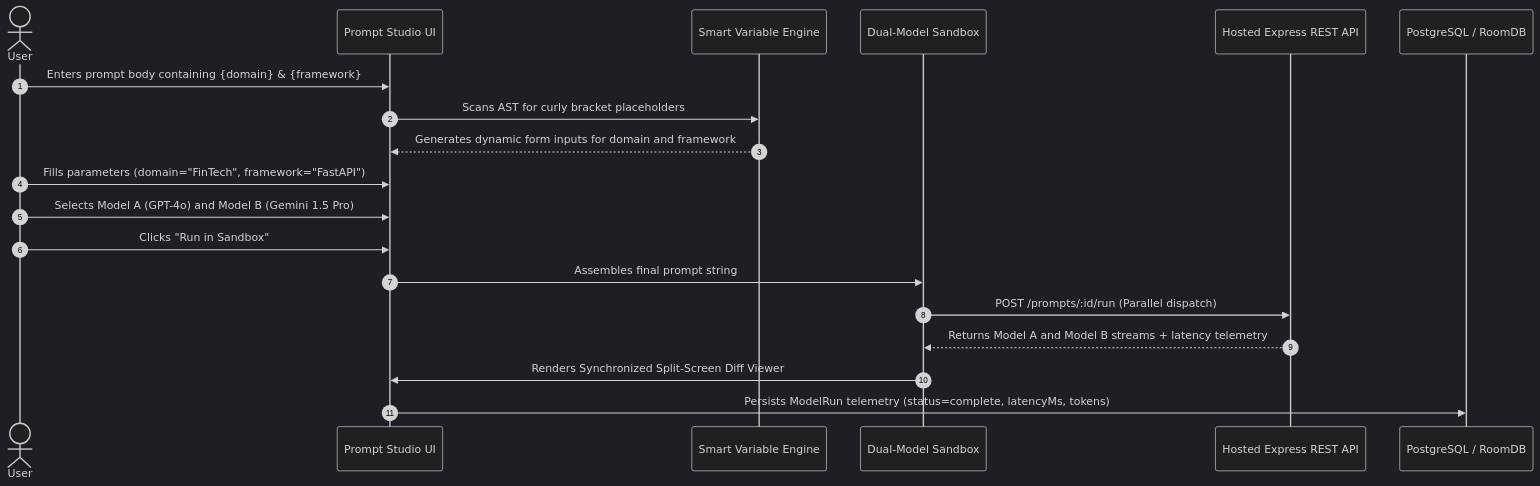
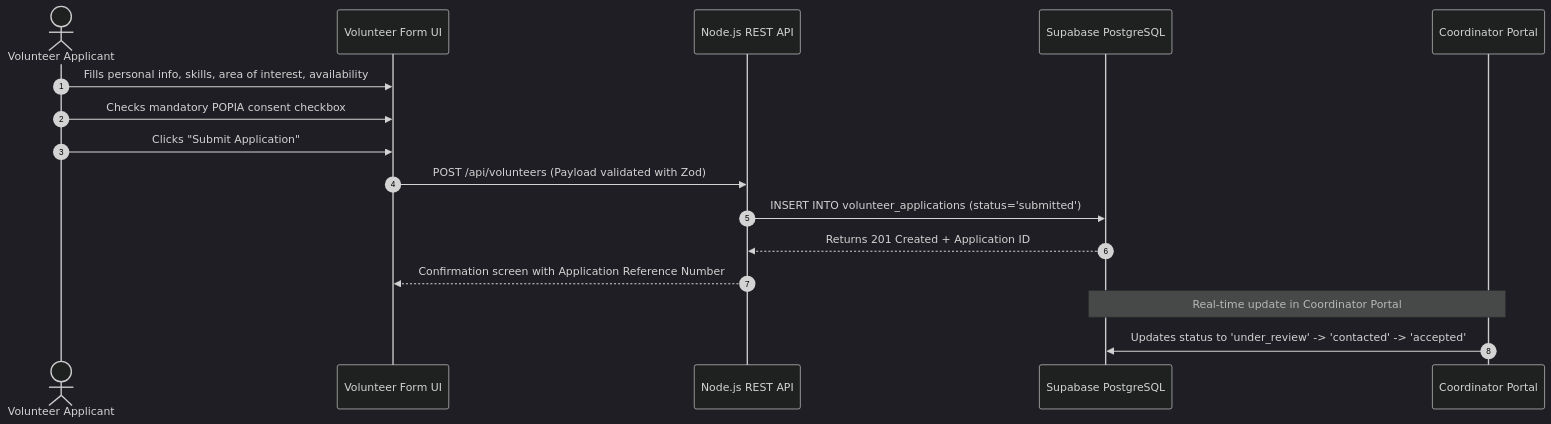
Before and after one commit to zerobbreak/BOAC: the fourth of 5 diagrams in docs/information-architecture.md, drawn with Mermaid (dark theme). The commit also changed other lines of this file and 4 other files, not shown here.

````diff
--- a/docs/information-architecture.md
+++ b/docs/information-architecture.md
@@ -101,22 +152,19 @@
 ```mermaid
 sequenceDiagram
     autonumber
-    actor User
-    participant UI as Prompt Studio UI
-    participant Injector as Smart Variable Engine
-    participant Sandbox as Dual-Model Sandbox
-    participant API as Hosted Express REST API
-    participant DB as PostgreSQL / RoomDB
+    actor Applicant as Volunteer Applicant
+    participant Web as Volunteer Form UI
+    participant API as Node.js REST API
+    participant DB as Supabase PostgreSQL
+    participant Coord as Coordinator Portal
 
-    User->>UI: Enters prompt body containing {domain} & {framework}
-    UI->>Injector: Scans AST for curly bracket placeholders
-    Injector-->>UI: Generates dynamic form inputs for domain and framework
-    User->>UI: Fills parameters (domain="FinTech", framework="FastAPI")
-    User->>UI: Selects Model A (GPT-4o) and Model B (Gemini 1.5 Pro)
-    User->>UI: Clicks "Run in Sandbox"
-    UI->>Sandbox: Assembles final prompt string
-    Sandbox->>API: POST /prompts/:id/run (Parallel dispatch)
-    API-->>Sandbox: Returns Model A and Model B streams + latency telemetry
-    Sandbox->>UI: Renders Synchronized Split-Screen Diff Viewer
-    UI->>DB: Persists ModelRun telemetry (status=complete, latencyMs, tokens)
+    Applicant->>Web: Fills personal info, skills, area of interest, availability
+    Applicant->>Web: Checks mandatory POPIA consent checkbox
+    Applicant->>Web: Clicks "Submit Application"
+    Web->>API: POST /api/volunteers (Payload validated with Zod)
+    API->>DB: INSERT INTO volunteer_applications (status='submitted')
+    DB-->>API: Returns 201 Created + Application ID
+    API-->>Web: Confirmation screen with Application Reference Number
+    Note over Coord,DB: Real-time update in Coordinator Portal
+    Coord->>DB: Updates status to 'under_review' -> 'contacted' -> 'accepted'
 ```
````
